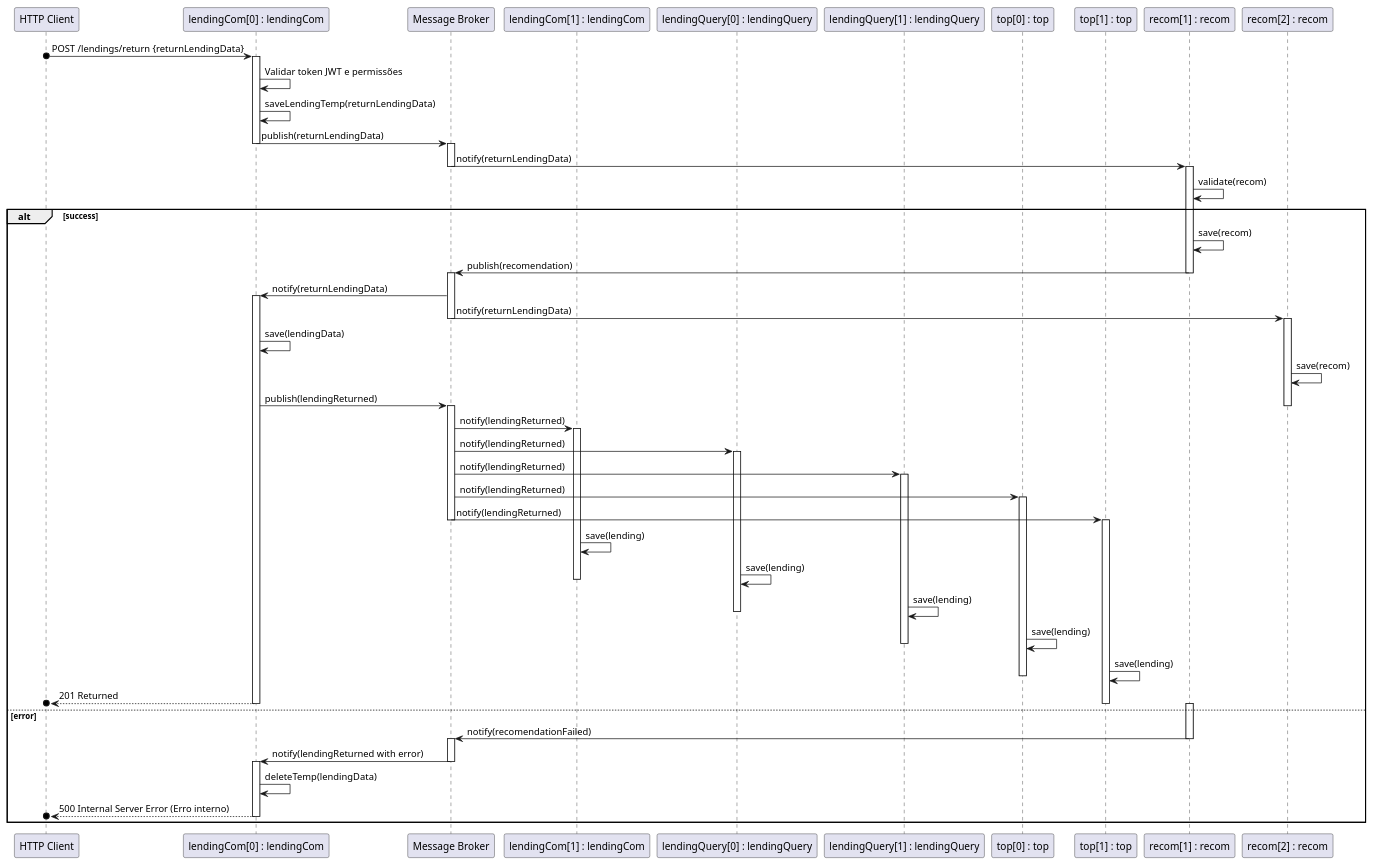
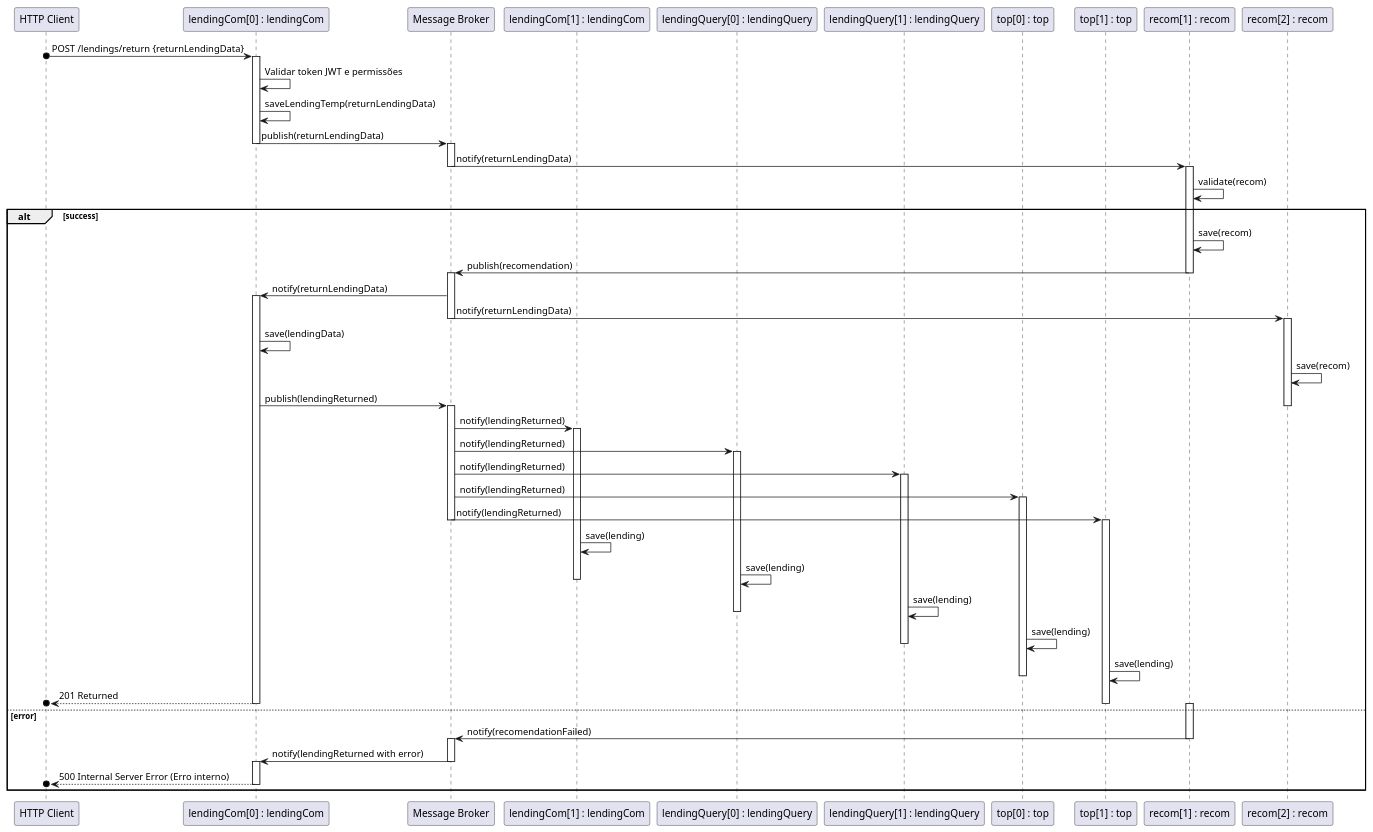
One commit to GitHubCatarina/SIDIS changed the diagram in Docs/Design/Entrega3/Vistas de Processos/Nível 2/ReturnLendingRecom.puml. Above: the diagram before and after it, drawn with PlantUML. The commit also changed 2 other files, not shown here.

```diff
--- a/Docs/Design/Entrega3/Vistas de Processos/Nível 2/ReturnLendingRecom.puml
+++ b/Docs/Design/Entrega3/Vistas de Processos/Nível 2/ReturnLendingRecom.puml
@@ -1,106 +1,105 @@
 @startuml
 ' Definindo os participantes
 participant "HTTP Client" as client
 participant "lendingCom[0] : lendingCom" as lending0
 participant "Message Broker" as mb
 participant "lendingCom[1] : lendingCom" as lending1
 participant "lendingQuery[0] : lendingQuery" as lending01
 participant "lendingQuery[1] : lendingQuery" as lending11
 participant "top[0] : top" as top0
 participant "top[1] : top" as top1
 participant "recom[1] : recom" as  recom1
 participant "recom[2] : recom" as  recom2
 
 
 client o-> lending0: POST /lendings/return {returnLendingData}
 activate lending0
 
 lending0 -> lending0: Validar token JWT e permissões
 
 lending0 -> lending0: saveLendingTemp(returnLendingData)
 
 lending0 -> mb: publish(returnLendingData)
 deactivate lending0
 activate mb
 
 mb -> recom1: notify(returnLendingData)
 deactivate mb
 activate recom1
 recom1 -> recom1: validate(recom)
 alt success
 recom1 -> recom1: save(recom)
 
 recom1 -> mb: publish(recomendation)
 
 
 deactivate recom1
 activate mb
 
 mb -> lending0: notify(returnLendingData)
 activate lending0
 
 mb -> recom2: notify(returnLendingData)
 deactivate mb
 activate recom2
 
 lending0 -> lending0: save(lendingData)
 
 
 recom2 -> recom2: save(recom)
 
 
 
 
 lending0 -> mb: publish(lendingReturned)
 deactivate recom2
 
 activate mb
 
 ' Replicando dados para a outra instância (espelhamento)
 mb -> lending1: notify(lendingReturned)
 activate lending1
 mb -> lending01: notify(lendingReturned)
 activate lending01
 mb -> lending11: notify(lendingReturned)
 activate lending11
 mb -> top0: notify(lendingReturned)
 activate top0
 mb -> top1: notify(lendingReturned)
 deactivate mb
 
 activate top1
 
 
 
 lending1 -> lending1: save(lending)
 
 lending01 -> lending01: save(lending)
 deactivate lending1
 lending11 -> lending11: save(lending)
 deactivate lending01
 top0 -> top0: save(lending)
 deactivate lending11
 top1 -> top1: save(lending)
 deactivate top0
 
 
 ' Responder ao cliente com sucesso final após a replicação
 lending0 -->o client: 201 Returned
 deactivate top1
 deactivate lending0
 else error
 
 activate recom1
 recom1 -> mb: notify(recomendationFailed)
 deactivate recom1
 activate mb
 mb -> lending0: notify(lendingReturned with error)
 deactivate mb
 activate lending0
-lending0 -> lending0: deleteTemp(lendingData)
 
 
 lending0 -->o client: 500 Internal Server Error (Erro interno)
 deactivate lending0
 end
 @enduml
```
